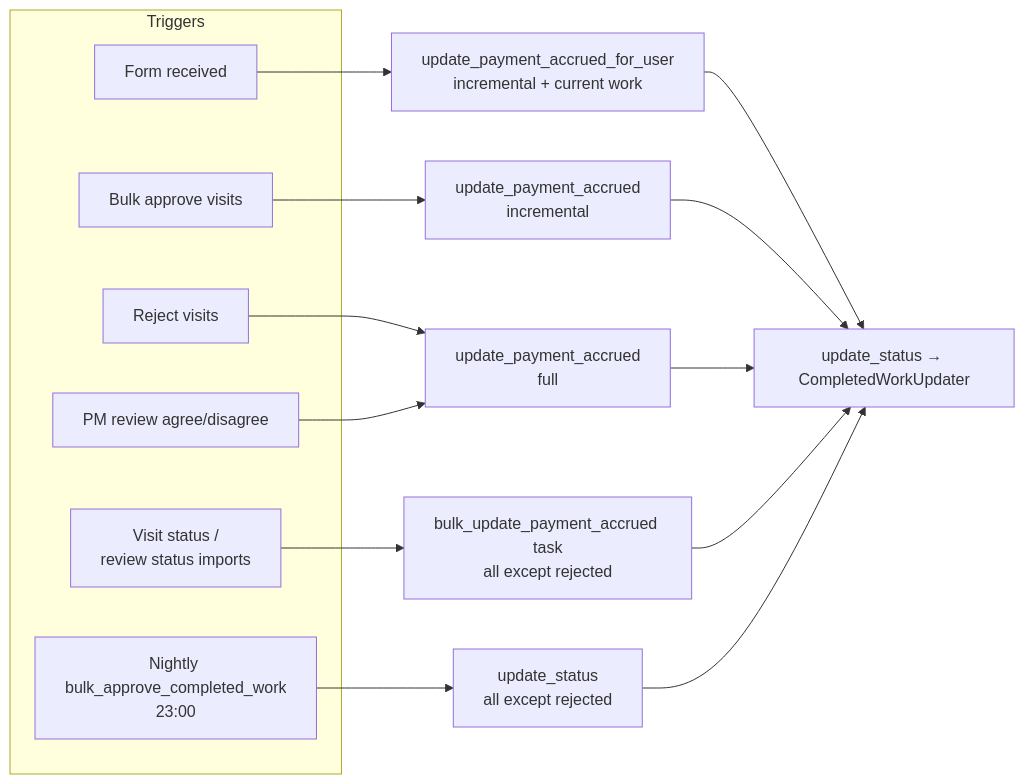
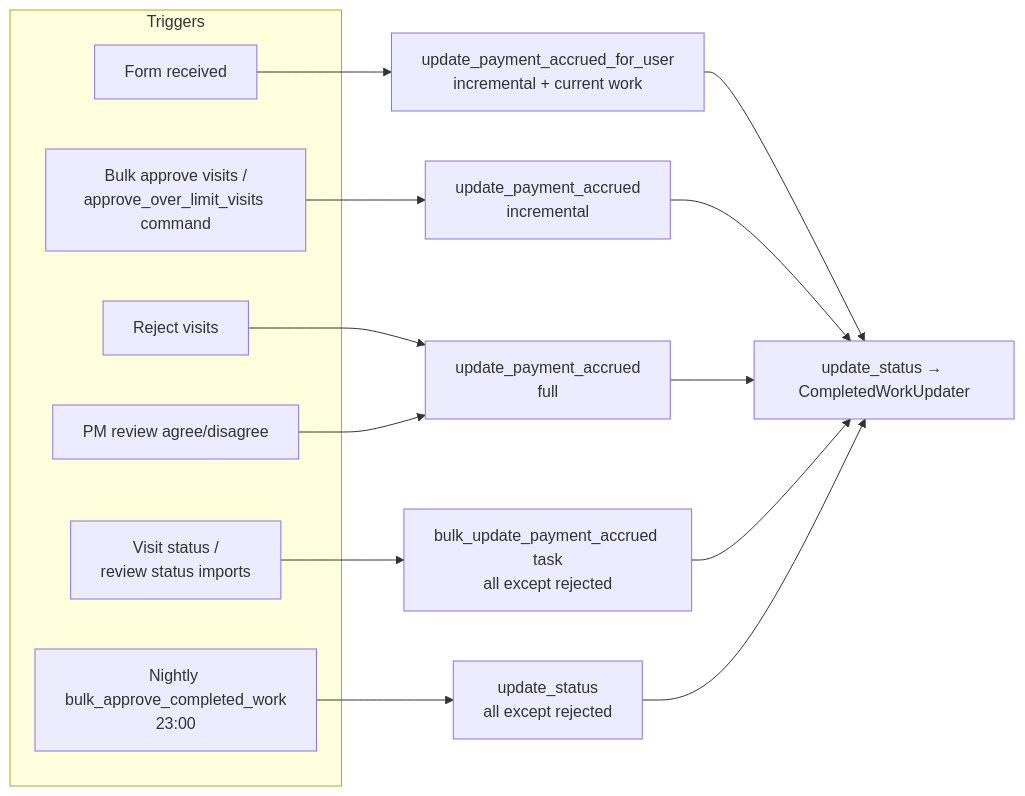
The fifth of 8 diagrams in commcare_connect/opportunity/PAYMENTS.md (dimagi/commcare-connect), drawn with Mermaid before and after one commit. The commit also changed other lines of this file and 3 other files, not shown here.

Commit message:
feat(opportunity): add command to approve over-limit visits

````diff
--- a/commcare_connect/opportunity/PAYMENTS.md
+++ b/commcare_connect/opportunity/PAYMENTS.md
@@ -215,22 +217,22 @@
 ```mermaid
 flowchart LR
     subgraph Triggers
         T1[Form received]
-        T2[Bulk approve visits]
+        T2[Bulk approve visits /<br/>approve_over_limit_visits command]
         T3[Reject visits]
         T4[PM review agree/disagree]
         T5[Visit status /<br/>review status imports]
         T6[Nightly bulk_approve_completed_work<br/>23:00]
     end
     T1 --> I1[update_payment_accrued_for_user<br/>incremental + current work]
     T2 --> I2[update_payment_accrued<br/>incremental]
     T3 --> F1[update_payment_accrued<br/>full]
     T4 --> F1
     T5 --> B1[bulk_update_payment_accrued task<br/>all except rejected]
     T6 --> B2[update_status<br/>all except rejected]
     I1 --> U[update_status → CompletedWorkUpdater]
     I2 --> U
     F1 --> U
     B1 --> U
     B2 --> U
 ```
````
